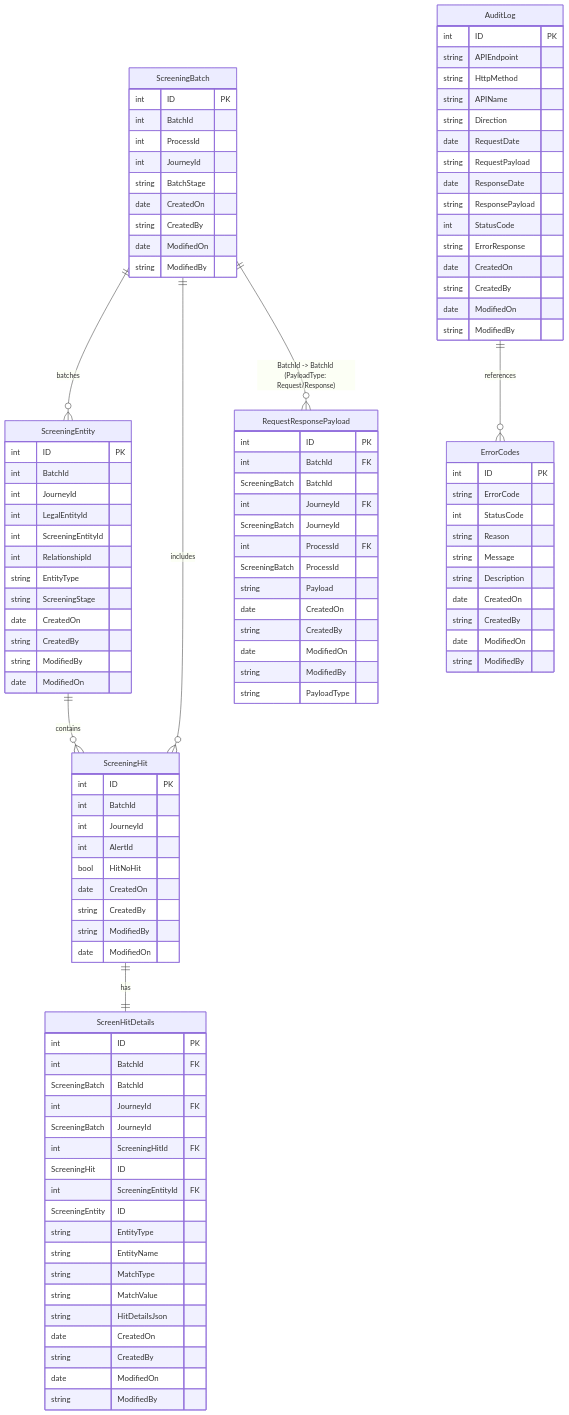
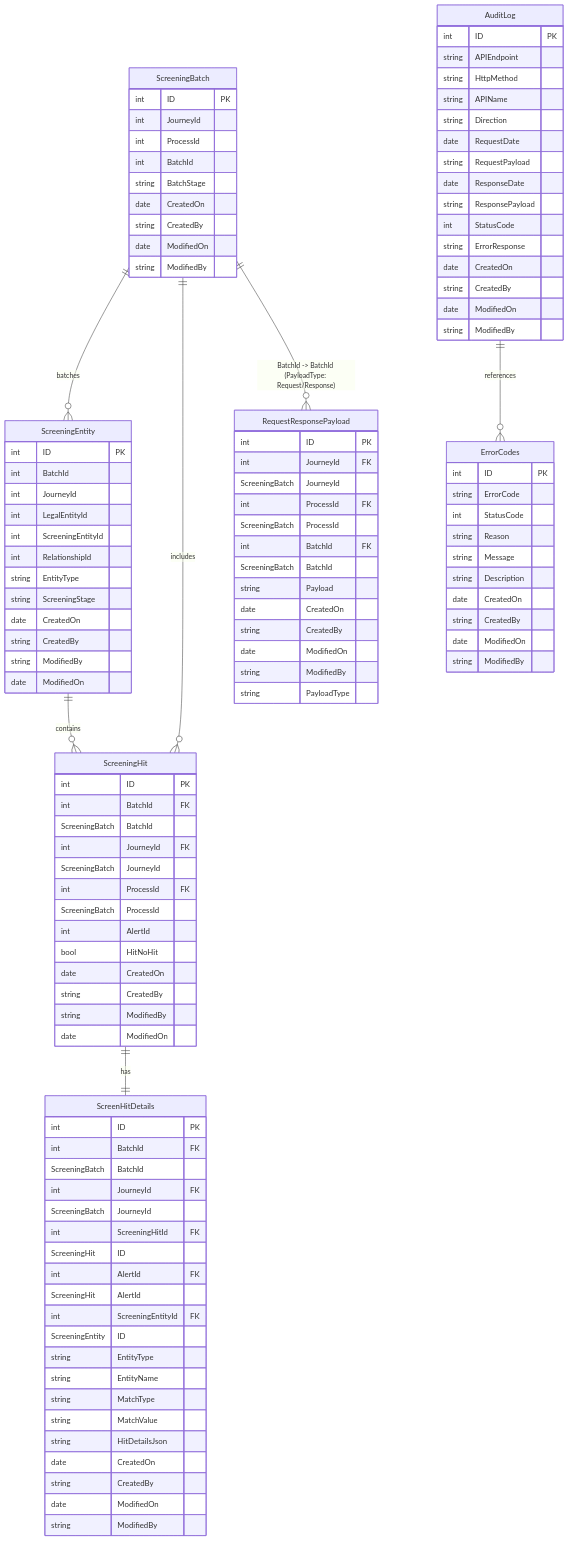
One commit to jojokoshy/Architecture_Diagrams_Python_AI changed the diagram in Arch_Diagrams/screen2.mmd. Above: the diagram before and after it, drawn with Mermaid. The commit also changed 8 other files, not shown here.

```diff
--- a/Arch_Diagrams/screen2.mmd
+++ b/Arch_Diagrams/screen2.mmd
@@ -1,120 +1,122 @@
 erDiagram
     %% FK label convention:
     %%  - Relationship labels use the format "SourceField -> TargetField" to show FK -> PK mappings.
     %%  - Example: ScreeningBatch }o--|| RequestResponsePayload : "ScreenRequestPayloadId -> ID"
     %%    means ScreeningBatch.ScreenRequestPayloadId references RequestResponsePayload.ID (FK -> PK).
     %%  - Multiplicity notation follows Mermaid ER style: || = one, }o = many/optional.
     ScreeningBatch {
         int ID PK
+        int JourneyId
+        int ProcessId
         int BatchId
-        int ProcessId
-        int JourneyId
         string BatchStage
         date CreatedOn
         string CreatedBy
         date ModifiedOn
         string ModifiedBy
     }
 
     RequestResponsePayload {
         int ID PK
-        int BatchId FK ScreeningBatch BatchId 
         int JourneyId FK ScreeningBatch JourneyId
         int ProcessId FK ScreeningBatch ProcessId
+        int BatchId FK ScreeningBatch BatchId 
         string Payload
         date CreatedOn
         string CreatedBy
         date ModifiedOn
         string ModifiedBy
         string PayloadType
         %% Notes:
         %% - JourneyId and ProcessId are intentionally duplicated in RequestResponsePayload for query convenience
         %%   (they should match the values in the parent ScreeningBatch row).
         %% - To guarantee exactly one Request and one Response per batch add a DB unique constraint:
         %%   UNIQUE(BatchId, PayloadType).
         %% - PayloadType values are expected to be 'JourneySuperGraphRequest' or 'JourneySuperGraphResponse' or EntitySuperGraphRequest or 'EntitySuperGraphResponse'
 
     }
     ScreeningEntity {
         int ID PK
         int BatchId
         int JourneyId
         int LegalEntityId
         int ScreeningEntityId
         int RelationshipId
         string EntityType
         string ScreeningStage
         date CreatedOn
         string CreatedBy
         string ModifiedBy
         date ModifiedOn
     }
 
     ScreeningHit {
         int ID PK
-        int BatchId
-        int JourneyId
+        int BatchId FK ScreeningBatch BatchId
+        int JourneyId FK ScreeningBatch JourneyId
+        int ProcessId FK ScreeningBatch ProcessId
         int AlertId
         bool HitNoHit
         date CreatedOn
         string CreatedBy
         string ModifiedBy
         date ModifiedOn
     }
 
     ScreenHitDetails {
         int ID PK
         int BatchId FK ScreeningBatch BatchId
         int JourneyId FK ScreeningBatch JourneyId
         int ScreeningHitId FK ScreeningHit ID
+        int AlertId FK ScreeningHit AlertId
         int ScreeningEntityId FK ScreeningEntity ID
         string EntityType
         string EntityName
         string MatchType
         string MatchValue
         string HitDetailsJson
         date CreatedOn
         string CreatedBy
         date ModifiedOn
         string ModifiedBy
     }
     
 
     AuditLog {
         int ID PK
         string APIEndpoint
         string HttpMethod
         string APIName
         string Direction
         date RequestDate
         string RequestPayload
         date ResponseDate
         string ResponsePayload
         int StatusCode
         string ErrorResponse
         date CreatedOn
         string CreatedBy
         date ModifiedOn
         string ModifiedBy
     }
 
     ErrorCodes {
         int ID PK
         string ErrorCode
         int StatusCode
         string Reason
         string Message
         string Description
         date CreatedOn
         string CreatedBy
         date ModifiedOn
         string ModifiedBy
     }
 
     
     ScreeningEntity ||--o{ ScreeningHit : contains
     ScreeningBatch ||--o{ ScreeningEntity : batches
     ScreeningBatch ||--o{ ScreeningHit : includes
     ScreeningHit ||--|| ScreenHitDetails : has
     ScreeningBatch ||--o{ RequestResponsePayload : "BatchId -> BatchId (PayloadType: Request/Response)"
     AuditLog ||--o{ ErrorCodes : references
```
